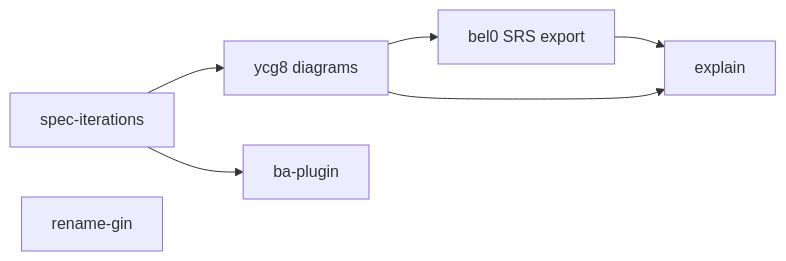
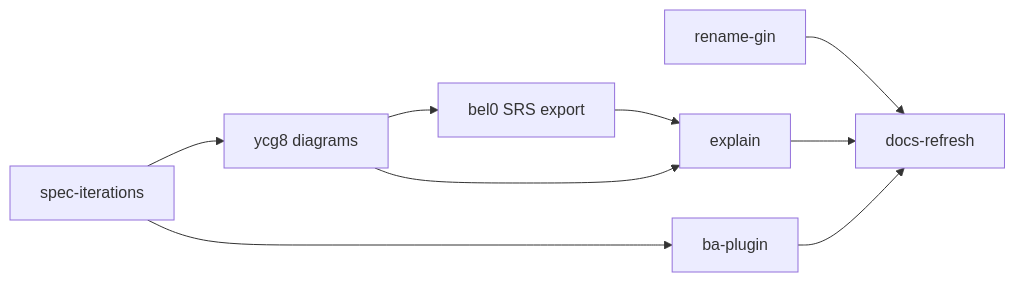
The diagram in .planning/roadmap.md (giangdhwhtbr/gin-workflow), drawn with Mermaid before and after one commit. The commit also changed other lines of this file, not shown here.

Commit message:
docs(roadmap): add docs-refresh epic after the BA flow and the rename

````diff
--- a/.planning/roadmap.md
+++ b/.planning/roadmap.md
@@ -36,9 +37,11 @@
 ```mermaid
 flowchart LR
     A[spec-iterations] --> B[ycg8 diagrams]
     A --> C[ba-plugin]
     B --> D[bel0 SRS export]
     D --> E[explain]
     B --> E
-    R[rename-gin]
+    R[rename-gin] --> X[docs-refresh]
+    E --> X
+    C --> X
 ```
````
